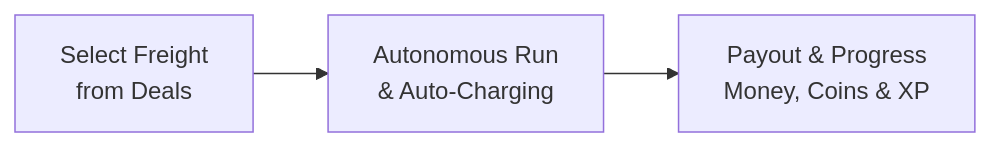
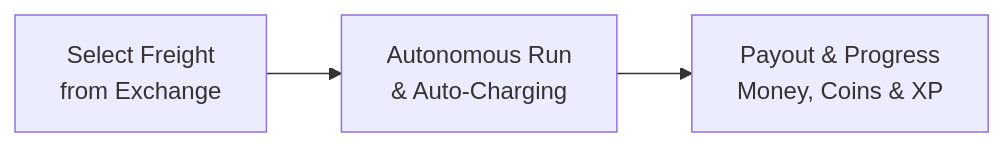
One commit to hbrns/voltfracht-wiki changed the diagram in docs/en/getting-started/overview.md. Above: the diagram before and after it, drawn with Mermaid. The commit also changed other lines of this file and 17 other files, not shown here.

````diff
--- a/docs/en/getting-started/overview.md
+++ b/docs/en/getting-started/overview.md
@@ -82,8 +82,8 @@
 ```mermaid
 flowchart LR
-    A["Select Freight<br/>from Deals"]
+    A["Select Freight<br/>from Exchange"]
     B["Autonomous Run<br/>& Auto-Charging"]
     C["Payout & Progress<br/>Money, Coins & XP"]
 
     A --> B --> C
 ```
````
